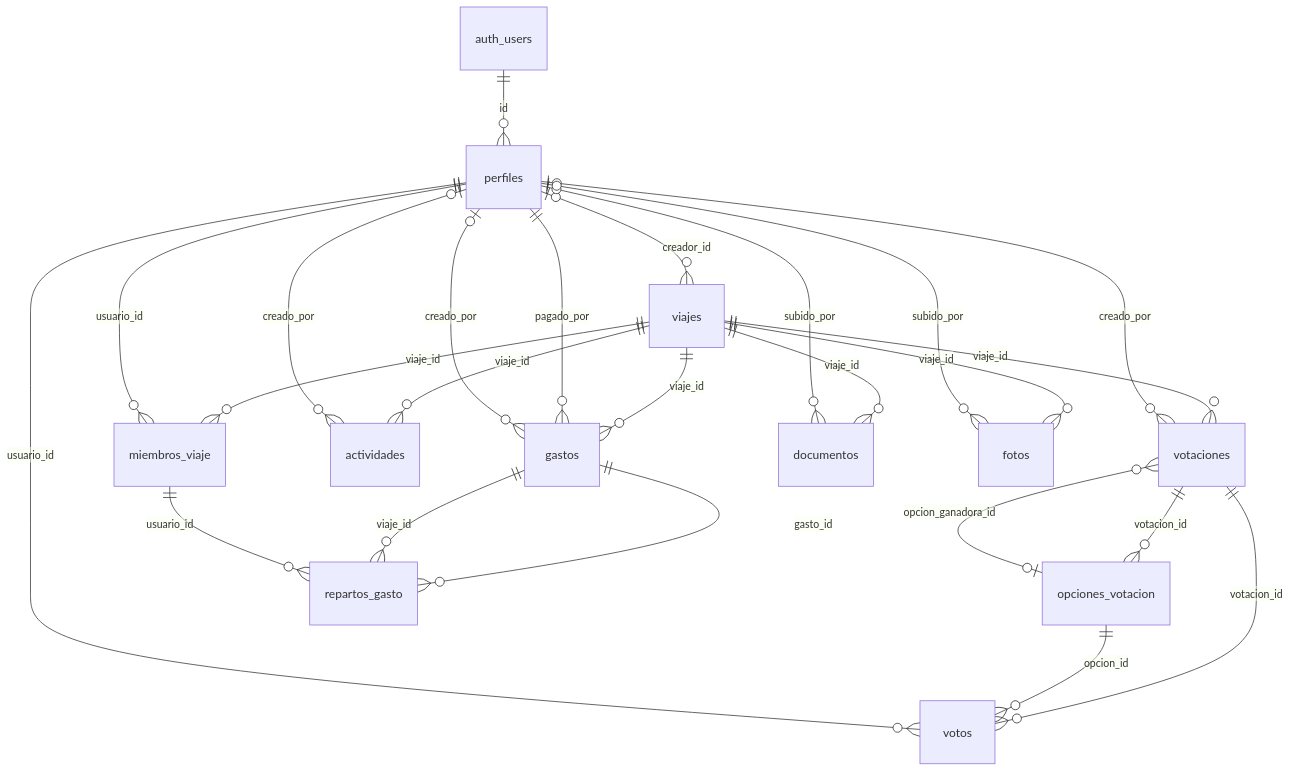
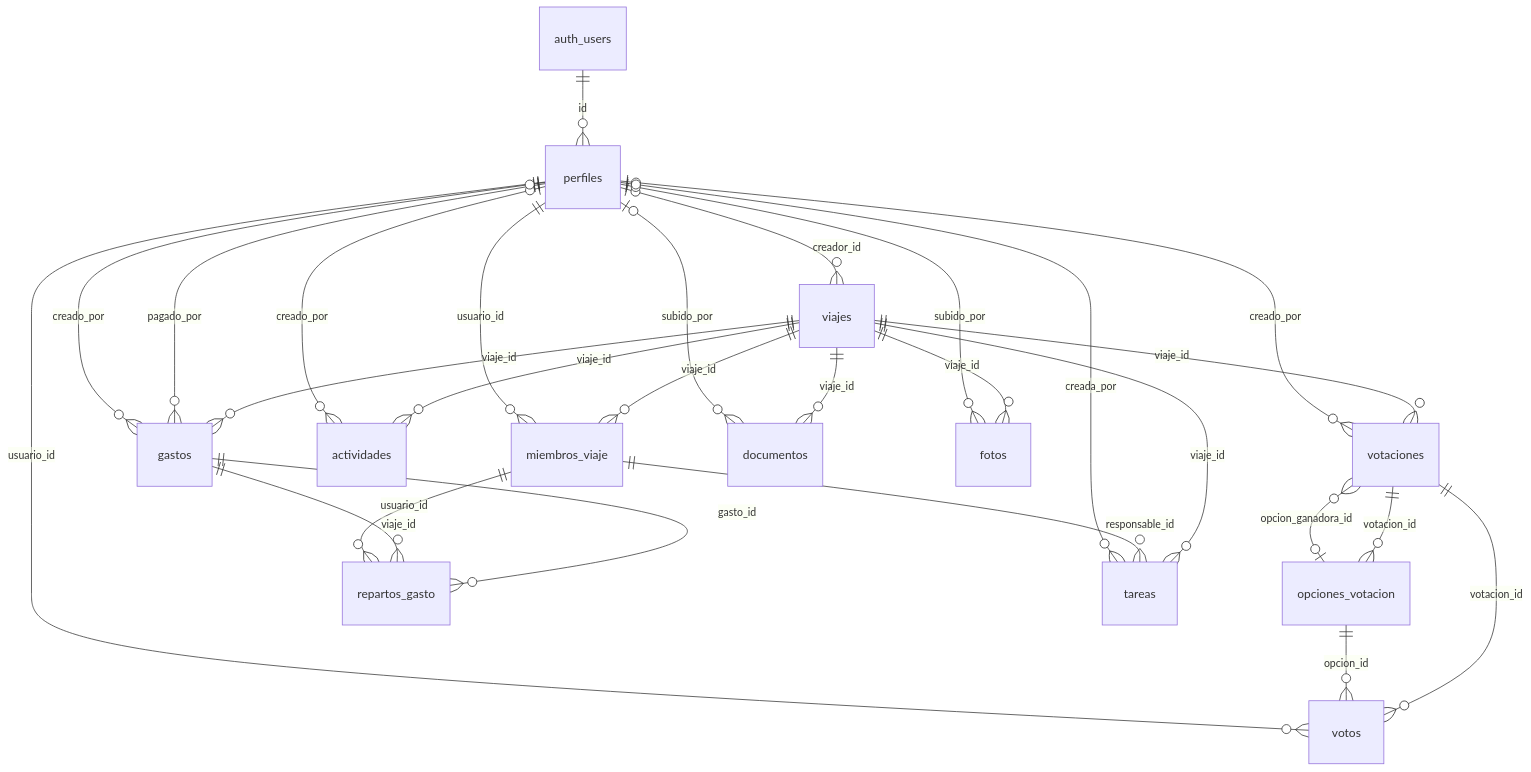
Before and after one commit to UNIZAR-30248-2026-TRAVELWRAP/Backend: the diagram in docs/BASE_DE_DATOS.md, drawn with Mermaid. The commit also changed other lines of this file and 3 other files, not shown here.

````diff
--- a/docs/BASE_DE_DATOS.md
+++ b/docs/BASE_DE_DATOS.md
@@ -25,26 +26,29 @@
 ```mermaid
 erDiagram
     auth_users ||--o{ perfiles : "id"
     perfiles |o--o{ viajes : "creador_id"
     viajes ||--o{ miembros_viaje : "viaje_id"
     perfiles ||--o{ miembros_viaje : "usuario_id"
     viajes ||--o{ votaciones : "viaje_id"
     opciones_votacion |o--o{ votaciones : "opcion_ganadora_id"
     perfiles |o--o{ votaciones : "creado_por"
     votaciones ||--o{ opciones_votacion : "votacion_id"
     votaciones ||--o{ votos : "votacion_id"
     opciones_votacion ||--o{ votos : "opcion_id"
     perfiles ||--o{ votos : "usuario_id"
     viajes ||--o{ actividades : "viaje_id"
     perfiles |o--o{ actividades : "creado_por"
     viajes ||--o{ gastos : "viaje_id"
     perfiles ||--o{ gastos : "pagado_por"
     perfiles |o--o{ gastos : "creado_por"
     gastos ||--o{ repartos_gasto : "gasto_id"
     gastos ||--o{ repartos_gasto : "viaje_id"
     miembros_viaje ||--o{ repartos_gasto : "usuario_id"
     viajes ||--o{ documentos : "viaje_id"
     perfiles |o--o{ documentos : "subido_por"
     viajes ||--o{ fotos : "viaje_id"
     perfiles |o--o{ fotos : "subido_por"
+    viajes ||--o{ tareas : "viaje_id"
+    miembros_viaje ||--o{ tareas : "responsable_id"
+    perfiles |o--o{ tareas : "creada_por"
 ```
````
